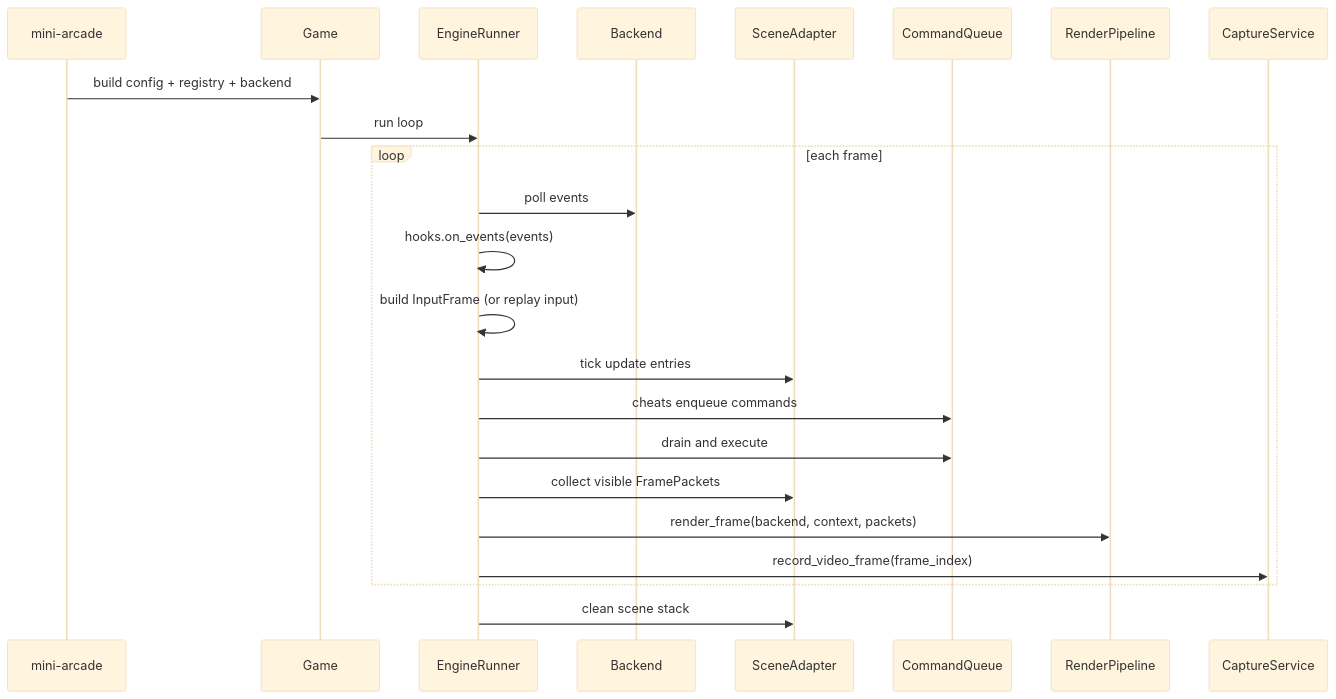
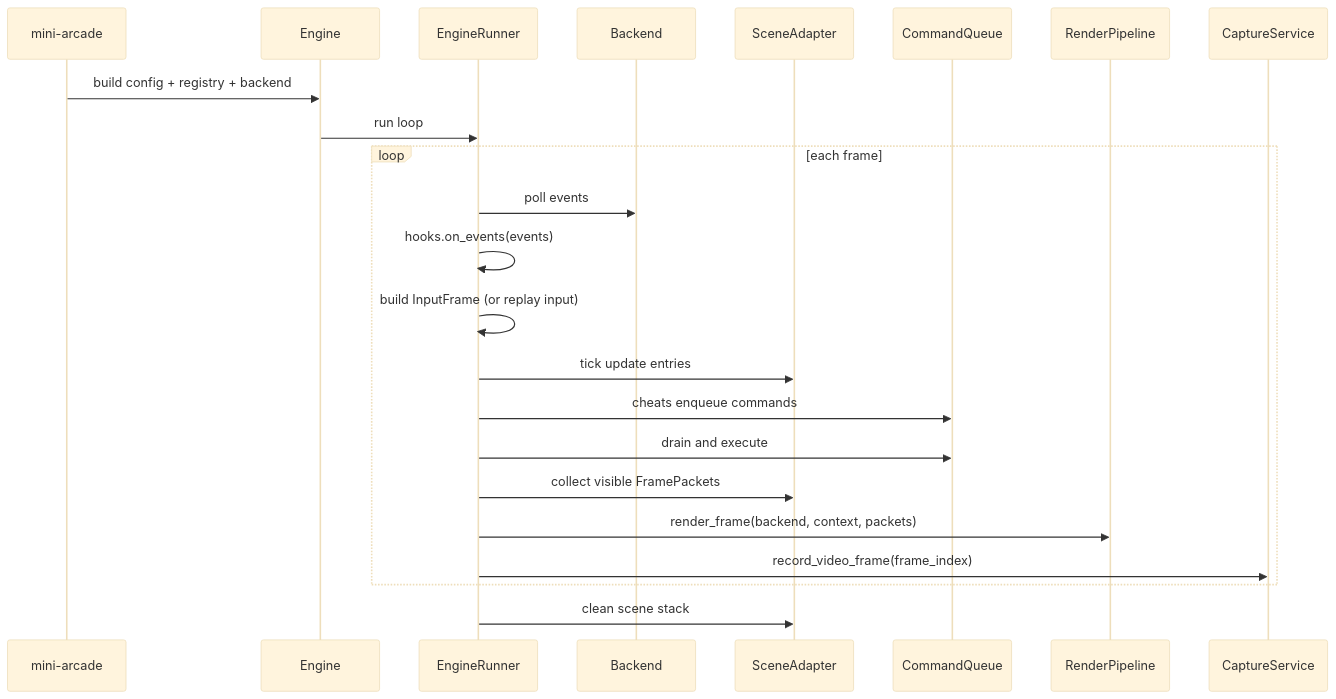
One commit to trivox-io/mini-arcade changed the second of 2 diagrams in docs/source/concepts/architecture.md. Above: the diagram before and after it, drawn with Mermaid (base theme). The commit also changed other lines of this file and 15 other files, not shown here.

````diff
--- a/docs/source/concepts/architecture.md
+++ b/docs/source/concepts/architecture.md
@@ -137,28 +141,28 @@
 ```{mermaid}
 sequenceDiagram
   participant CLI as mini-arcade
-  participant G as Game
+  participant G as Engine
   participant ER as EngineRunner
   participant BK as Backend
   participant SC as SceneAdapter
   participant CQ as CommandQueue
   participant RP as RenderPipeline
   participant CP as CaptureService
 
   CLI->>G: build config + registry + backend
   G->>ER: run loop
 
   loop each frame
     ER->>BK: poll events
     ER->>ER: hooks.on_events(events)
     ER->>ER: build InputFrame (or replay input)
     ER->>SC: tick update entries
     ER->>CQ: cheats enqueue commands
     ER->>CQ: drain and execute
     ER->>SC: collect visible FramePackets
     ER->>RP: render_frame(backend, context, packets)
     ER->>CP: record_video_frame(frame_index)
   end
 
   ER->>SC: clean scene stack
 ```
````
